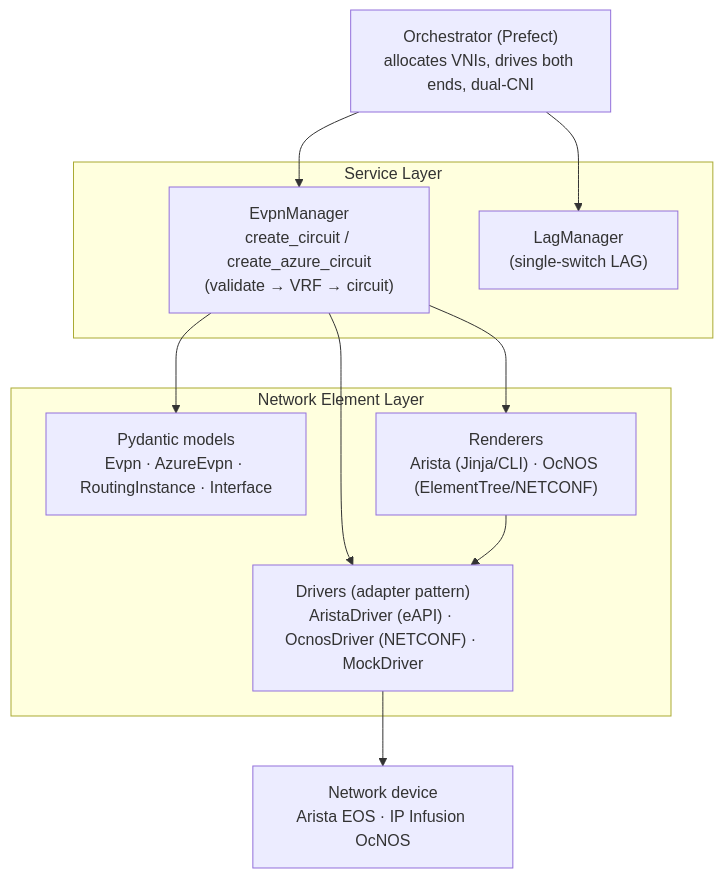
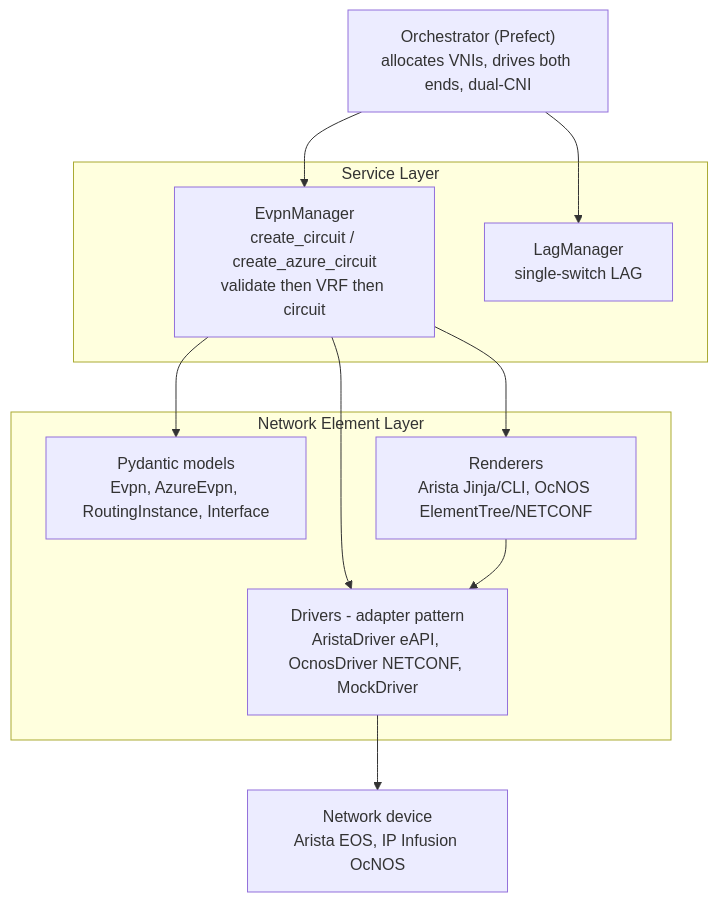
One commit to cmek/netauto changed the first of 3 diagrams in docs/evpn_service.md. Above: the diagram before and after it, drawn with Mermaid. The commit also changed other lines of this file, not shown here.

Commit message:
fix: possibly fix mermaid syntax for github rendering

````diff
--- a/docs/evpn_service.md
+++ b/docs/evpn_service.md
@@ -36,25 +36,25 @@
 ```mermaid
 graph TD
     Orchestrator["Orchestrator (Prefect)<br/>allocates VNIs, drives both ends, dual-CNI"]
 
-    subgraph Service Layer
-      EvpnManager["EvpnManager<br/>create_circuit / create_azure_circuit<br/>(validate → VRF → circuit)"]
-      LagManager["LagManager<br/>(single-switch LAG)"]
+    subgraph svc["Service Layer"]
+      EvpnManager["EvpnManager<br/>create_circuit / create_azure_circuit<br/>validate then VRF then circuit"]
+      LagManager["LagManager<br/>single-switch LAG"]
     end
 
-    subgraph Network Element Layer
-      Models["Pydantic models<br/>Evpn · AzureEvpn · RoutingInstance · Interface"]
-      Renderers["Renderers<br/>Arista (Jinja/CLI) · OcNOS (ElementTree/NETCONF)"]
-      Drivers["Drivers (adapter pattern)<br/>AristaDriver (eAPI) · OcnosDriver (NETCONF) · MockDriver"]
+    subgraph nel["Network Element Layer"]
+      Models["Pydantic models<br/>Evpn, AzureEvpn, RoutingInstance, Interface"]
+      Renderers["Renderers<br/>Arista Jinja/CLI, OcNOS ElementTree/NETCONF"]
+      Drivers["Drivers - adapter pattern<br/>AristaDriver eAPI, OcnosDriver NETCONF, MockDriver"]
     end
 
-    Device["Network device<br/>Arista EOS · IP Infusion OcNOS"]
+    Device["Network device<br/>Arista EOS, IP Infusion OcNOS"]
 
     Orchestrator --> EvpnManager
     Orchestrator --> LagManager
     EvpnManager --> Models
     EvpnManager --> Renderers
     EvpnManager --> Drivers
     Renderers --> Drivers
     Drivers --> Device
 ```
````
